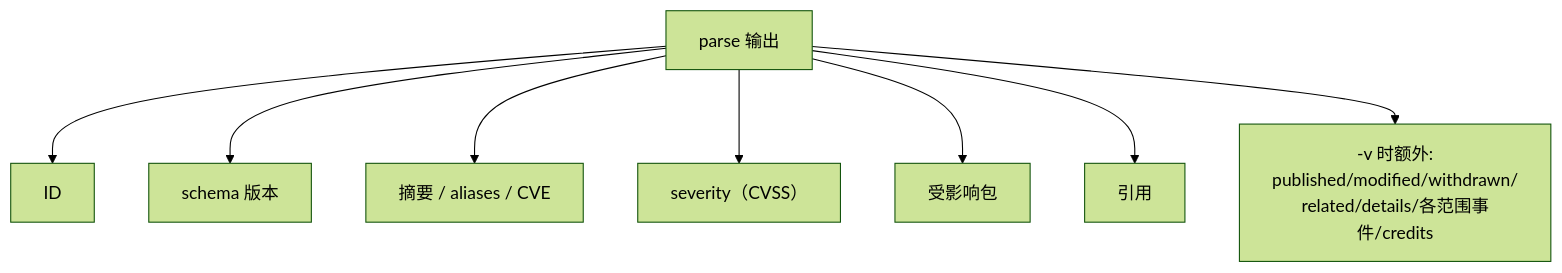
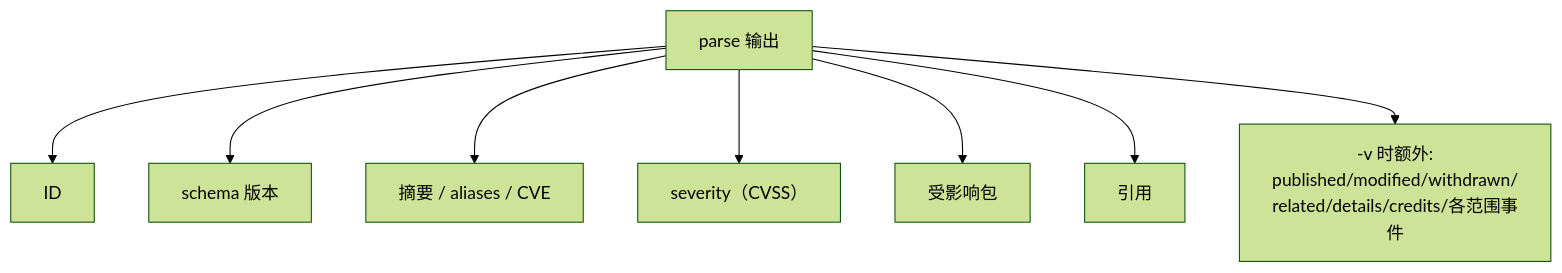
The second of 4 diagrams in website/zh/guide/skills/parse.md (scagogogo/osv-schema-skills), drawn with Mermaid (forest theme) before and after one commit. The commit also changed other lines of this file and 1 other file, not shown here.

````diff
--- a/website/zh/guide/skills/parse.md
+++ b/website/zh/guide/skills/parse.md
@@ -41,10 +41,10 @@
 ```mermaid
 flowchart TD
   OUT["parse 输出"] --> ID["ID"]
   OUT --> SV["schema 版本"]
   OUT --> SUM["摘要 / aliases / CVE"]
   OUT --> SEV["severity（CVSS）"]
   OUT --> AFF["受影响包"]
   OUT --> REF["引用"]
-  OUT --> VV["-v 时额外:<br/>published/modified/withdrawn/<br/>related/details/各范围事件/credits"]
+  OUT --> VV["-v 时额外:<br/>published/modified/withdrawn/<br/>related/details/credits/各范围事件"]
 ```
````
